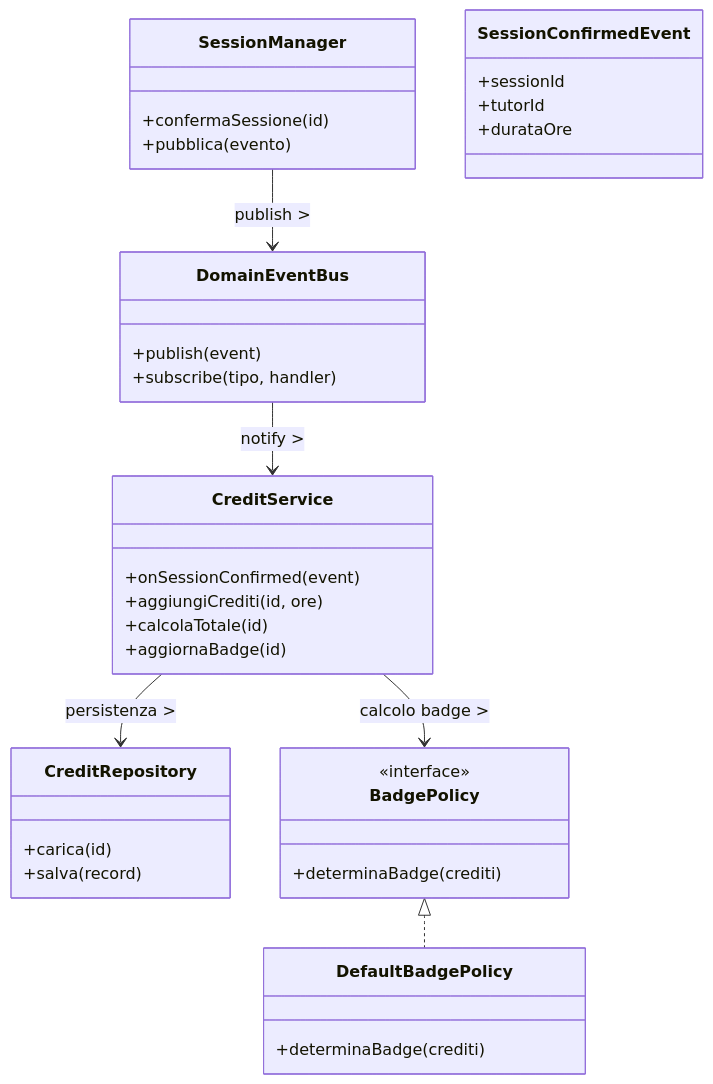
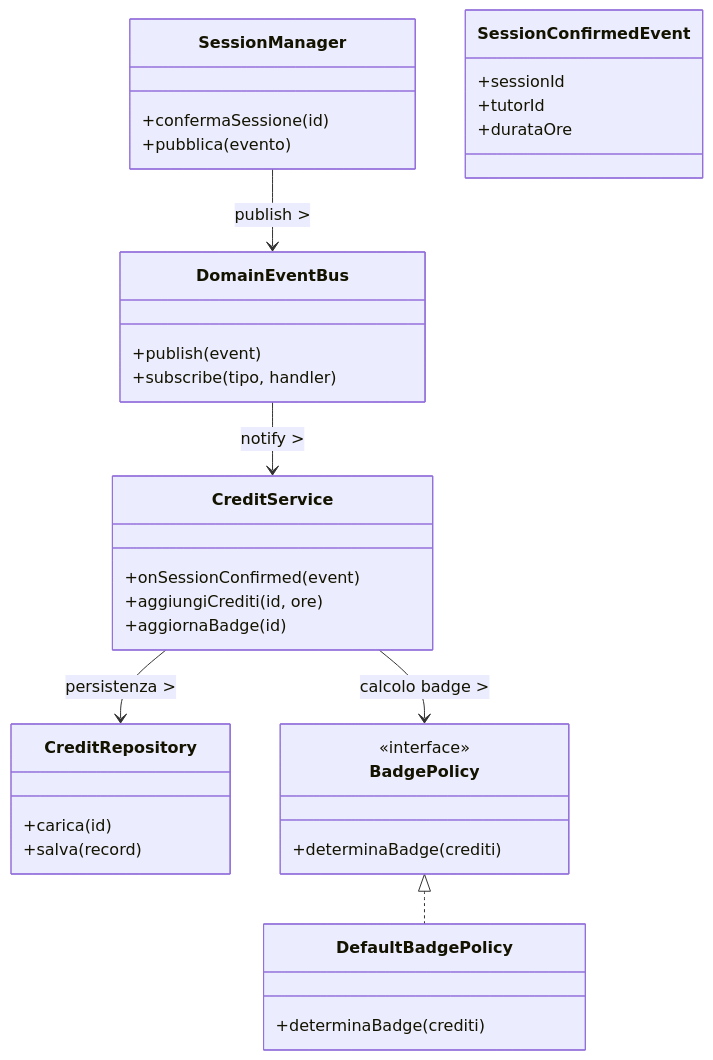
One commit to Sil2564/unibo_tutoring changed the fifth of 6 diagrams in README.md. Above: the diagram before and after it, drawn with Mermaid. The commit also changed other lines of this file, not shown here.

Commit message:
Remove 'calcolaTotale' method and tidy README
Removed unused method 'calcolaTotale' from CreditService class and cleaned up README formatting.

````diff
--- a/README.md
+++ b/README.md
@@ -316,50 +316,49 @@
 ```mermaid
 classDiagram
     %% ============================================================
     %% DESIGN DETTAGLIATO - CREDITI & BADGE (NIKI)
     %% Pattern: Observer + Strategy
     %% ============================================================
 
     class SessionManager {
         +confermaSessione(id)
         +pubblica(evento)
     }
 
     class SessionConfirmedEvent {
         +sessionId
         +tutorId
         +durataOre
     }
 
     class DomainEventBus {
         +publish(event)
         +subscribe(tipo, handler)
     }
 
     class CreditService {
         +onSessionConfirmed(event)
         +aggiungiCrediti(id, ore)
-        +calcolaTotale(id)
         +aggiornaBadge(id)
     }
 
     class CreditRepository {
         +carica(id)
         +salva(record)
     }
 
     class BadgePolicy {
         +determinaBadge(crediti)
     }
     <<interface>> BadgePolicy
 
     class DefaultBadgePolicy {
         +determinaBadge(crediti)
     }
     %% RELAZIONI
     SessionManager --> DomainEventBus : publish >
     DomainEventBus --> CreditService : notify >
     CreditService --> CreditRepository : persistenza >
     CreditService --> BadgePolicy : calcolo badge >
     BadgePolicy <|.. DefaultBadgePolicy
 ```
````
